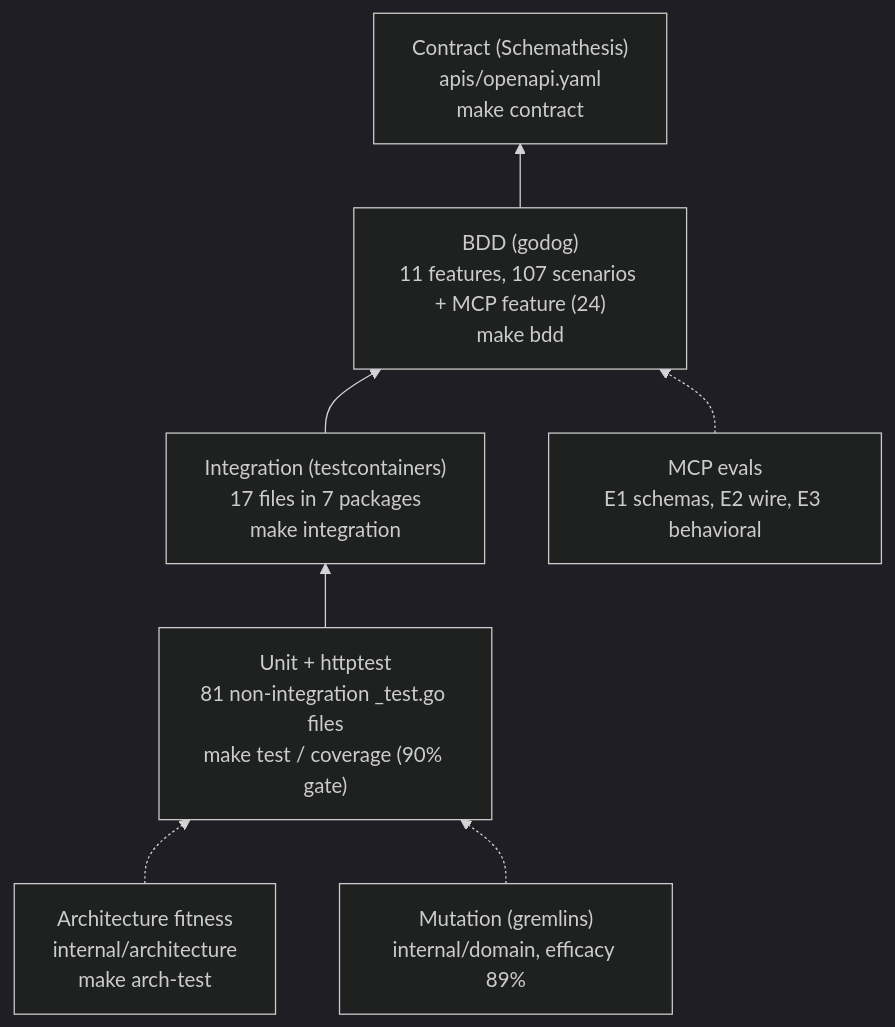
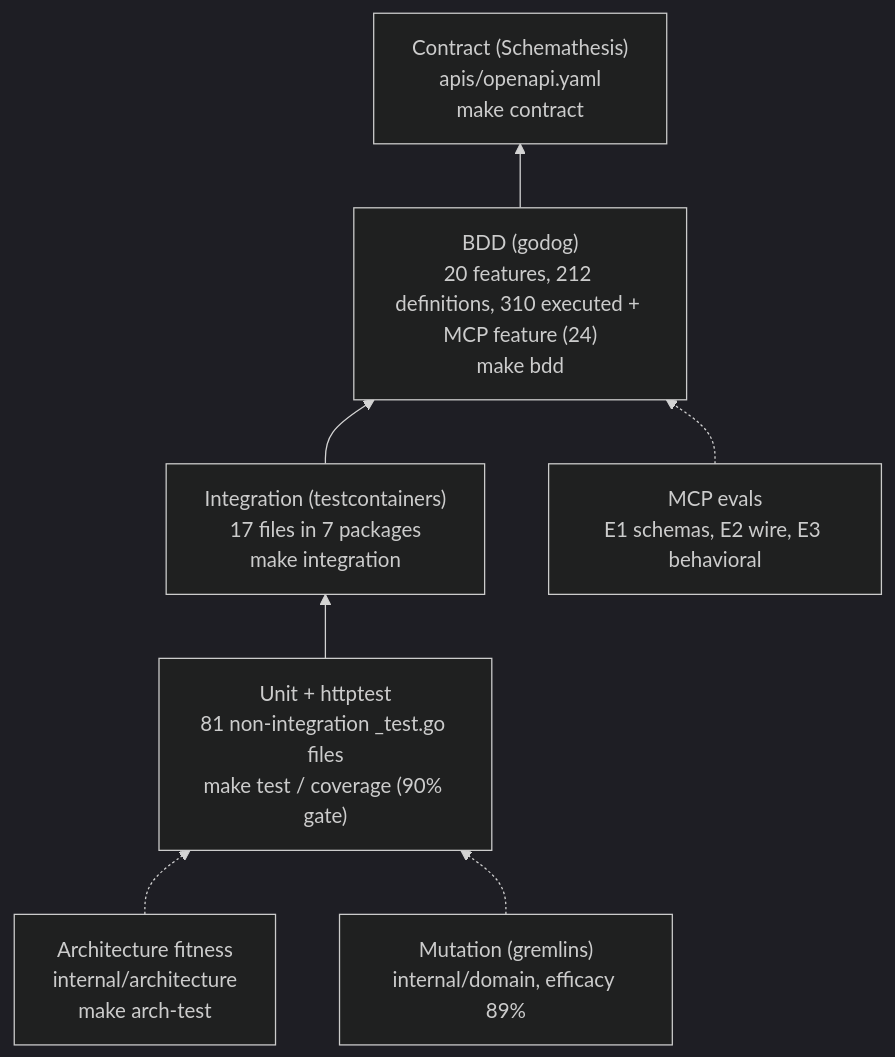
Before and after one commit to IQVO/facility-layout: the diagram in docs/docs/development/testing.md, drawn with Mermaid (dark theme). The commit also changed other lines of this file and 6 other files, not shown here.

````diff
--- a/docs/docs/development/testing.md
+++ b/docs/docs/development/testing.md
@@ -14,14 +14,14 @@
 ```mermaid
 flowchart BT
   unit["Unit + httptest<br/>81 non-integration _test.go files<br/>make test / coverage (90% gate)"]
   arch["Architecture fitness<br/>internal/architecture<br/>make arch-test"]
-  bdd["BDD (godog)<br/>11 features, 107 scenarios + MCP feature (24)<br/>make bdd"]
+  bdd["BDD (godog)<br/>20 features, 212 definitions, 310 executed + MCP feature (24)<br/>make bdd"]
   integ["Integration (testcontainers)<br/>17 files in 7 packages<br/>make integration"]
   contract["Contract (Schemathesis)<br/>apis/openapi.yaml<br/>make contract"]
   evals["MCP evals<br/>E1 schemas, E2 wire, E3 behavioral"]
   mut["Mutation (gremlins)<br/>internal/domain, efficacy 89%"]
   unit --> integ --> bdd --> contract
   arch -.-> unit
   evals -.-> bdd
   mut -.-> unit
 ```
````
